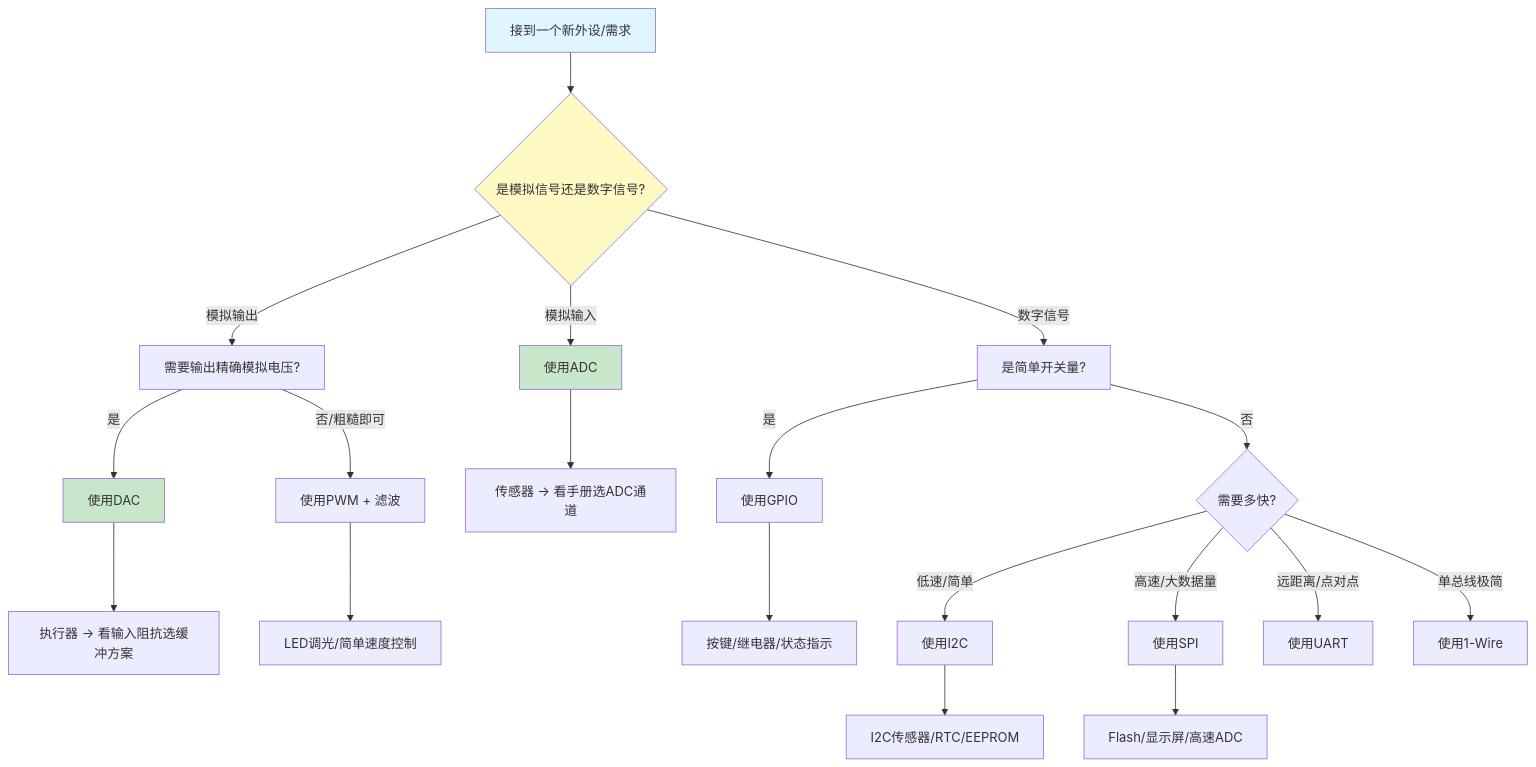
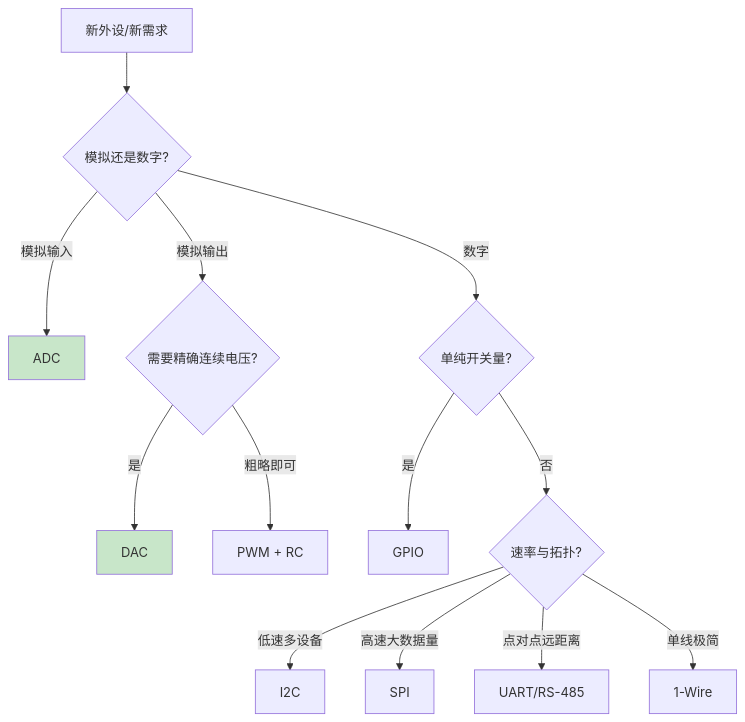
One commit to xiaohong0925/Embedded_Knowledge_System_V2026 changed the diagram in docs/B. 总线协议/A. 低速外设接口/B-A.1.4_DAC与基础外设选型.md. Above: the diagram before and after it, drawn with Mermaid. The commit also changed other lines of this file and 23 other files, not shown here.

````diff
--- a/docs/B. 总线协议/A. 低速外设接口/B-A.1.4_DAC与基础外设选型.md
+++ b/docs/B. 总线协议/A. 低速外设接口/B-A.1.4_DAC与基础外设选型.md
@@ -106,26 +149,18 @@
 ```mermaid
 flowchart TD
-    A[接到一个新外设/需求] --> B{是模拟信号还是数字信号?}
-    B -->|模拟输出| C[需要输出精确模拟电压?]
-    B -->|模拟输入| D[使用ADC]
-    B -->|数字信号| E[是简单开关量?]
-    C -->|是| F[使用DAC]
-    C -->|否/粗糙即可| G[使用PWM + 滤波]
-    E -->|是| H[使用GPIO]
-    E -->|否| I{需要多快?}
-    I -->|低速/简单| J[使用I2C]
-    I -->|高速/大数据量| K[使用SPI]
-    I -->|远距离/点对点| L[使用UART]
-    I -->|单总线极简| M[使用1-Wire]
-    D --> N[传感器 → 看手册选ADC通道]
-    F --> O[执行器 → 看输入阻抗选缓冲方案]
-    G --> P[LED调光/简单速度控制]
-    H --> Q[按键/继电器/状态指示]
-    J --> R[I2C传感器/RTC/EEPROM]
-    K --> S[Flash/显示屏/高速ADC]
-    
-    style A fill:#e1f5ff
-    style B fill:#fff9c4
-    style F fill:#c8e6c9
-    style D fill:#c8e6c9
+    A[新外设/新需求] --> B{模拟还是数字?}
+    B -->|模拟输入| C[ADC]
+    B -->|模拟输出| D{需要精确连续电压?}
+    D -->|是| E[DAC]
+    D -->|粗略即可| F[PWM + RC]
+    B -->|数字| G{单纯开关量?}
+    G -->|是| H[GPIO]
+    G -->|否| I{速率与拓扑?}
+    I -->|低速多设备| J[I2C]
+    I -->|高速大数据量| K[SPI]
+    I -->|点对点远距离| L[UART/RS-485]
+    I -->|单线极简| M[1-Wire]
+
+    style E fill:#c8e6c9
+    style C fill:#c8e6c9
 ```
````
